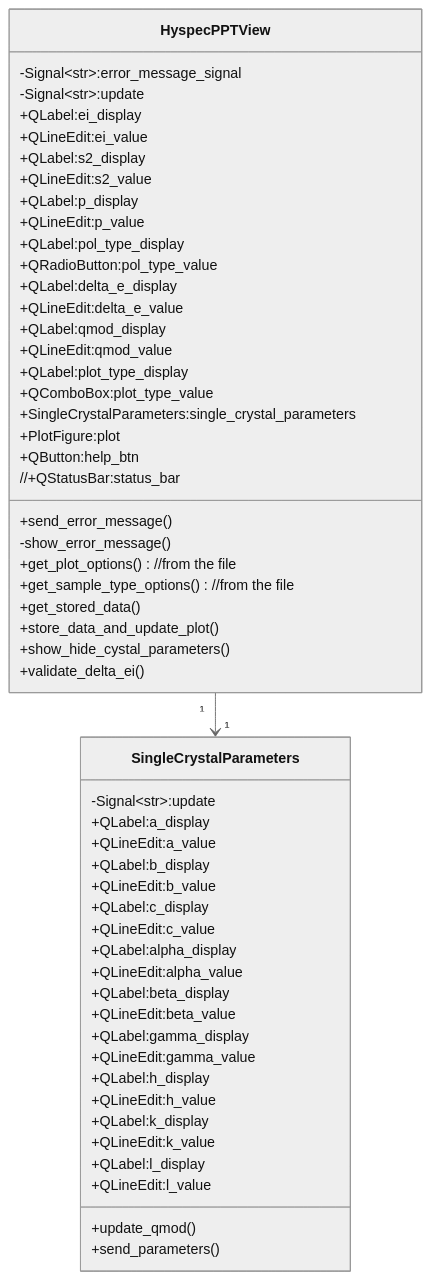
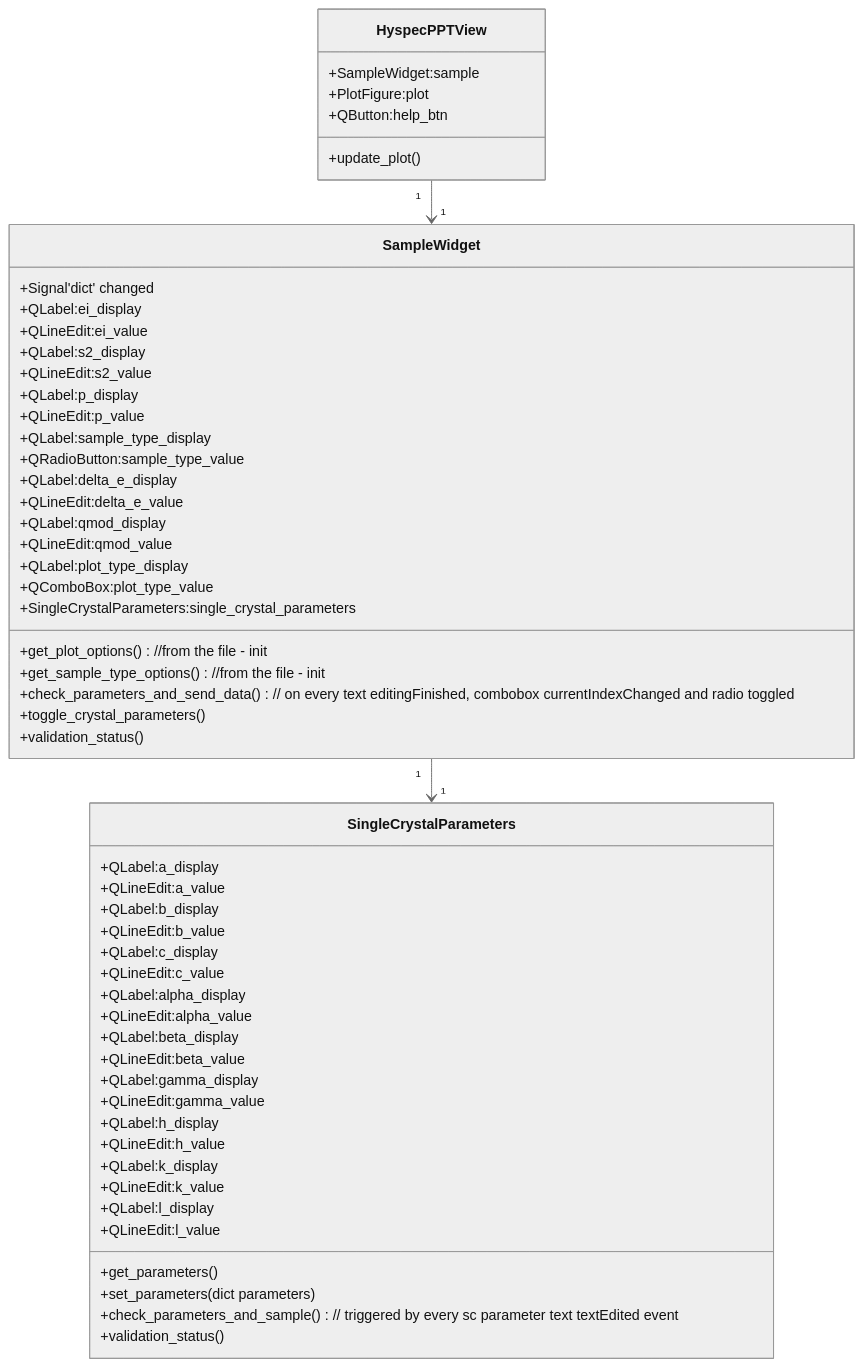
The second of 3 diagrams in docs/source/design/hyspecpptclasses.rst (neutrons/hyspecppt), drawn with Mermaid (neutral theme) before and after one commit.

Commit message:
HyspecPPTView widget structure

```diff
--- a/docs/source/design/hyspecpptclasses.rst
+++ b/docs/source/design/hyspecpptclasses.rst
@@ -282,61 +282,61 @@
 .. mermaid::
 
  classDiagram
-    HyspecPPTView "1" -->"1" SingleCrystalParameters
+    HyspecPPTView "1" -->"1" SampleWidget
+    SampleWidget "1" -->"1" SingleCrystalParameters
 
     class HyspecPPTView{
-        -Signal~str~:error_message_signal
-        -Signal~str~:update
+        +SampleWidget:sample
+        +PlotFigure:plot
+        +QButton:help_btn
+        +update_plot()
+    }
 
+    class SampleWidget{
+        +Signal'dict' changed
         +QLabel:ei_display
         +QLineEdit:ei_value
         +QLabel:s2_display
         +QLineEdit:s2_value
         +QLabel:p_display
         +QLineEdit:p_value
-        +QLabel:pol_type_display
-        +QRadioButton:pol_type_value
+        +QLabel:sample_type_display
+        +QRadioButton:sample_type_value
         +QLabel:delta_e_display
         +QLineEdit:delta_e_value
         +QLabel:qmod_display
         +QLineEdit:qmod_value
         +QLabel:plot_type_display
         +QComboBox:plot_type_value
         +SingleCrystalParameters:single_crystal_parameters
-        +PlotFigure:plot
-        +QButton:help_btn
-        +send_error_message()
-        -show_error_message()
-        //+QStatusBar:status_bar
-        +get_plot_options() //from the file
-        +get_sample_type_options() //from the file
-        +get_stored_data()
-        +store_data_and_update_plot()
-        +show_hide_cystal_parameters()
-        +validate_delta_ei()
+        +get_plot_options() //from the file - init
+        +get_sample_type_options() //from the file - init
+        +check_parameters_and_send_data() // on every text editingFinished, combobox currentIndexChanged and radio toggled
+        +toggle_crystal_parameters()
+        +validation_status()
     }
 
-
     class SingleCrystalParameters{
-        -Signal~str~:update
         +QLabel:a_display
         +QLineEdit:a_value
         +QLabel:b_display
         +QLineEdit:b_value
         +QLabel:c_display
         +QLineEdit:c_value
         +QLabel:alpha_display
         +QLineEdit:alpha_value
         +QLabel:beta_display
         +QLineEdit:beta_value
         +QLabel:gamma_display
         +QLineEdit:gamma_value
         +QLabel:h_display
         +QLineEdit:h_value
         +QLabel:k_display
         +QLineEdit:k_value
         +QLabel:l_display
         +QLineEdit:l_value
-        +update_qmod()
-        +send_parameters()
+        +get_parameters()
+        +set_parameters(dict parameters)
+        +check_parameters_and_sample() // triggered by every sc parameter text textEdited event
+        +validation_status()
     }
```
